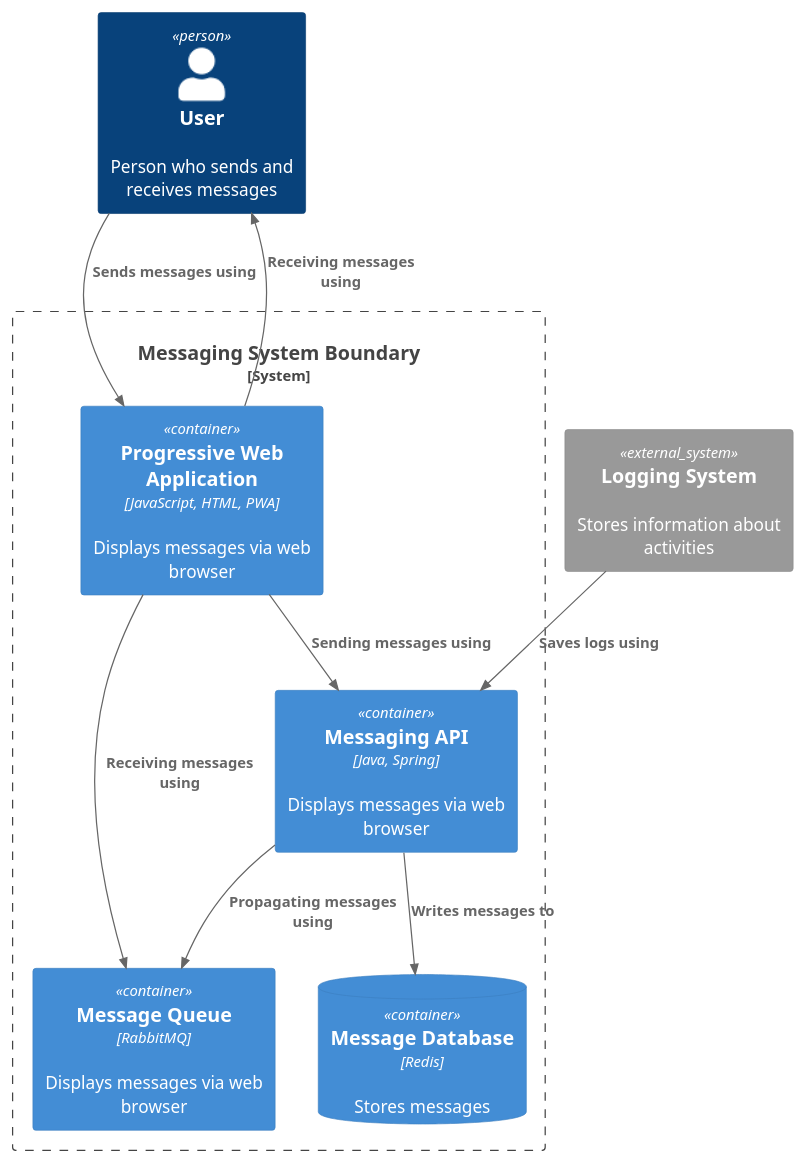
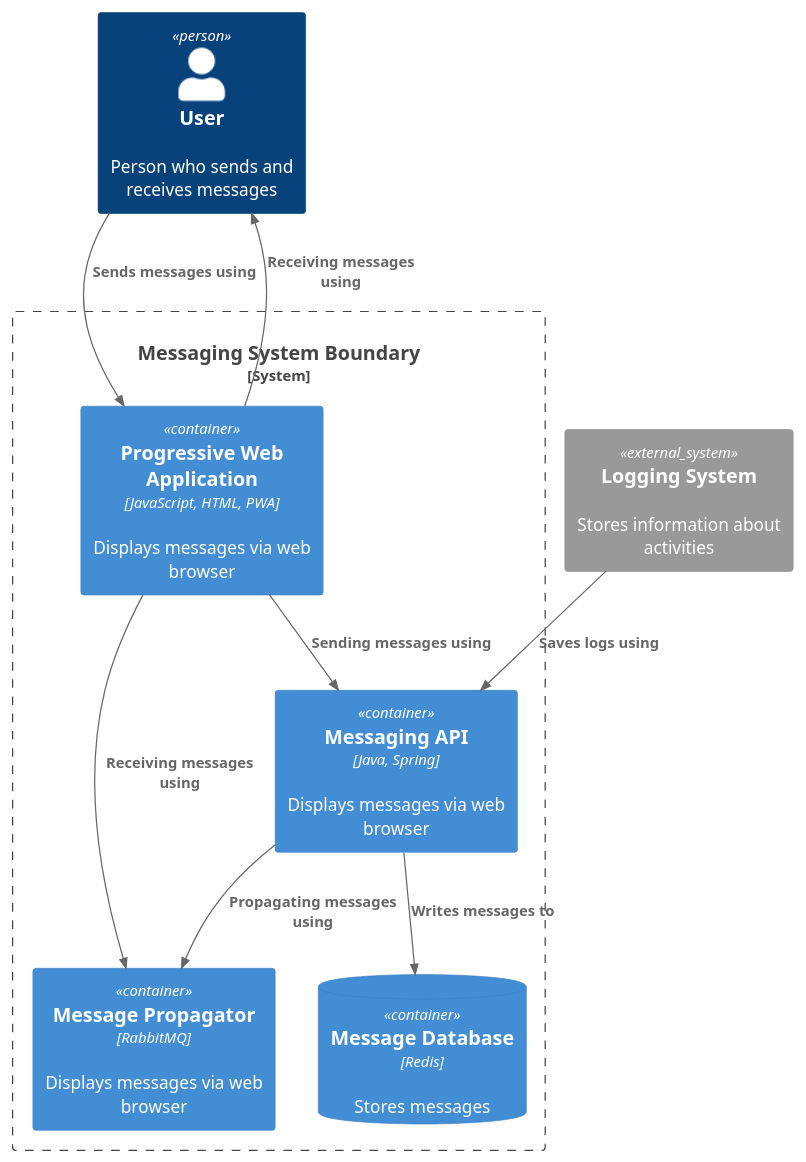
The diagram in docs/level_2_container/messaging_system_container.puml (Hyphen133/Messanger), drawn with PlantUML before and after one commit. The commit also changed 12 other files, not shown here.

```diff
--- a/docs/level_2_container/messaging_system_container.puml
+++ b/docs/level_2_container/messaging_system_container.puml
@@ -1,27 +1,27 @@
 @startuml
 !includeurl https://raw.githubusercontent.com/RicardoNiepel/C4-PlantUML/release/1-0/C4_Container.puml
 
 Person(user, "User", "Person who sends and receives messages")
 
 System_Boundary(system_boundary, "Messaging System Boundary"){
 
 Container(pwa_app, "Progressive Web Application", "JavaScript, HTML, PWA", "Displays messages via web browser")
 Container(messaging_api, "Messaging API", "Java, Spring", "Displays messages via web browser")
-Container(message_queue, "Message Queue", "RabbitMQ", "Displays messages via web browser")
+Container(message_propagator, "Message Propagator", "RabbitMQ", "Displays messages via web browser")
 ContainerDb(message_db, "Message Database", "Redis", "Stores messages")
 }
 
 System_Ext(logging_system, "Logging System", "Stores information about activities")
 
 Rel(user, pwa_app, "Sends messages using")
 Rel(pwa_app, user, "Receiving messages using")
 Rel(pwa_app, messaging_api, "Sending messages using")
-Rel(pwa_app, message_queue, "Receiving messages using")
+Rel(pwa_app, message_propagator, "Receiving messages using")
 Rel(logging_system, messaging_api, "Saves logs using")
 
-Rel(messaging_api, message_queue, "Propagating messages using")
+Rel(messaging_api, message_propagator, "Propagating messages using")
 Rel(messaging_api, message_db, "Writes messages to")
 
 
 
 @enduml
```
